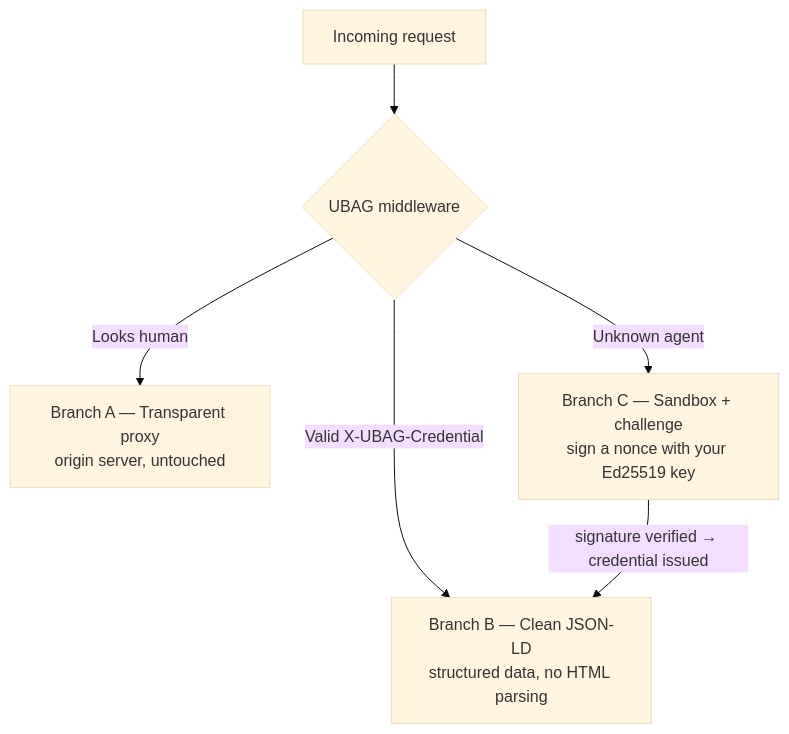
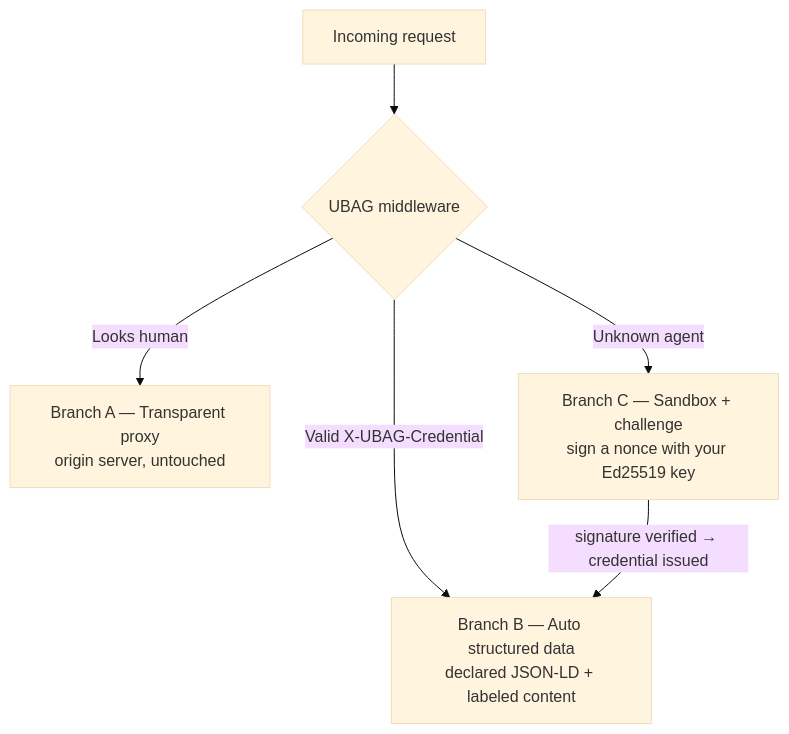
The diagram in README.md (mohameduk/Ubag_protocol), drawn with Mermaid (base theme) before and after one commit. The commit also changed other lines of this file and 3 other files, not shown here.

First line of the commit message:
docs: document Branch B auto-extraction + Markdown content layer

````diff
--- a/README.md
+++ b/README.md
@@ -58,8 +58,8 @@
 ```mermaid
 flowchart TD
     R[Incoming request] --> M{UBAG middleware}
-    M -->|Valid X-UBAG-Credential| B["Branch B — Clean JSON-LD<br/>structured data, no HTML parsing"]
+    M -->|Valid X-UBAG-Credential| B["Branch B — Auto structured data<br/>declared JSON-LD + labeled content"]
     M -->|Looks human| A["Branch A — Transparent proxy<br/>origin server, untouched"]
     M -->|Unknown agent| C["Branch C — Sandbox + challenge<br/>sign a nonce with your Ed25519 key"]
     C -->|signature verified → credential issued| B
 ```
````
